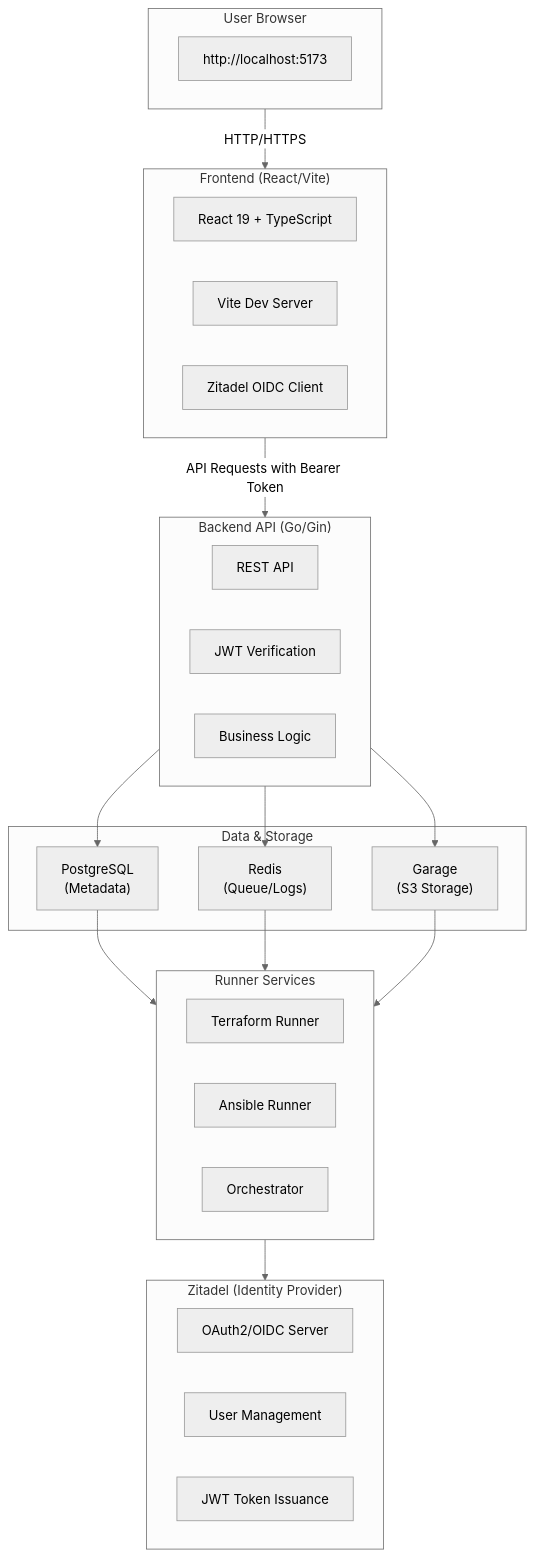
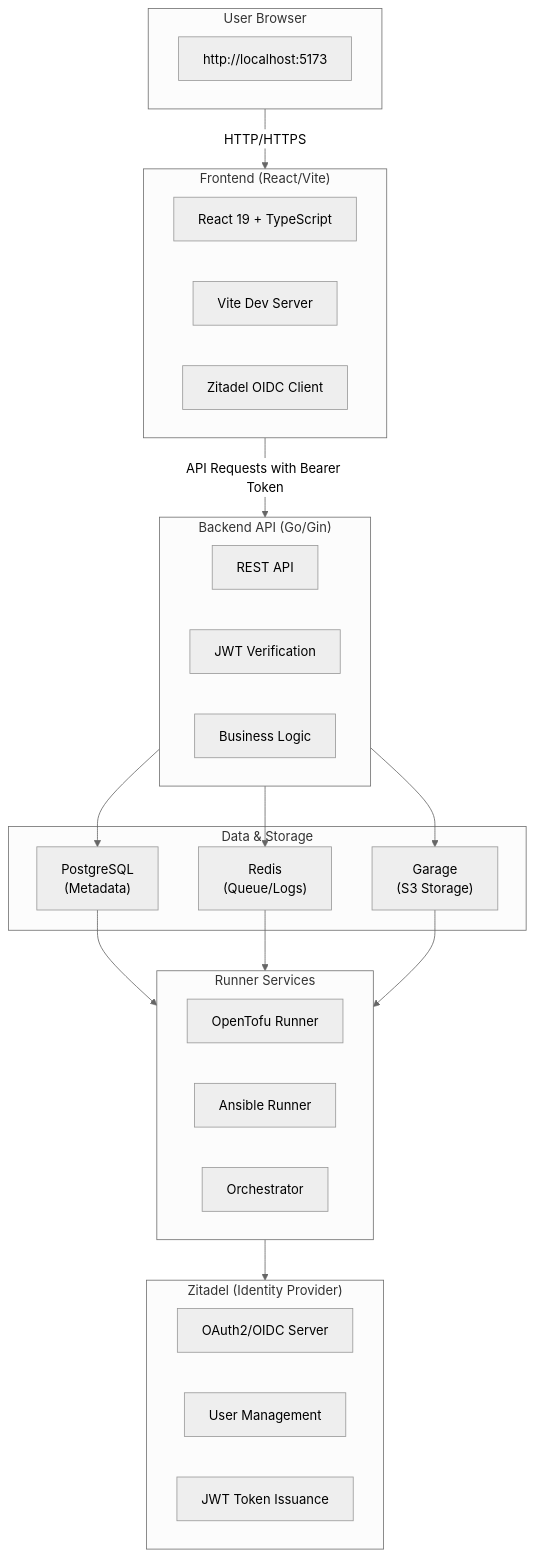
Before and after one commit to vhco-pro/stackweaver-frontend: the first of 7 diagrams in docs/architecture/README.md, drawn with Mermaid (neutral theme). The commit also changed other lines of this file and 8 other files, not shown here.

````diff
--- a/docs/architecture/README.md
+++ b/docs/architecture/README.md
@@ -14,46 +14,46 @@
 ```mermaid
 flowchart TB
     subgraph Browser["User Browser"]
         BrowserNote["http://localhost:5173"]
     end
 
     subgraph Frontend["Frontend (React/Vite)"]
         F1["React 19 + TypeScript"]
         F2["Vite Dev Server"]
         F3["Zitadel OIDC Client"]
     end
 
     subgraph Backend["Backend API (Go/Gin)"]
         B1["REST API"]
         B2["JWT Verification"]
         B3["Business Logic"]
     end
 
     subgraph DataLayer["Data & Storage"]
         PG["PostgreSQL<br/>(Metadata)"]
         Redis["Redis<br/>(Queue/Logs)"]
         Garage["Garage<br/>(S3 Storage)"]
     end
 
     subgraph Runners["Runner Services"]
-        R1["Terraform Runner"]
+        R1["OpenTofu Runner"]
         R2["Ansible Runner"]
         R3["Orchestrator"]
     end
 
     subgraph Zitadel["Zitadel (Identity Provider)"]
         Z1["OAuth2/OIDC Server"]
         Z2["User Management"]
         Z3["JWT Token Issuance"]
     end
 
     Browser -->|HTTP/HTTPS| Frontend
     Frontend -->|API Requests with Bearer Token| Backend
     Backend --> PG
     Backend --> Redis
     Backend --> Garage
     PG --> Runners
     Redis --> Runners
     Garage --> Runners
     Runners --> Zitadel
 ```
````
